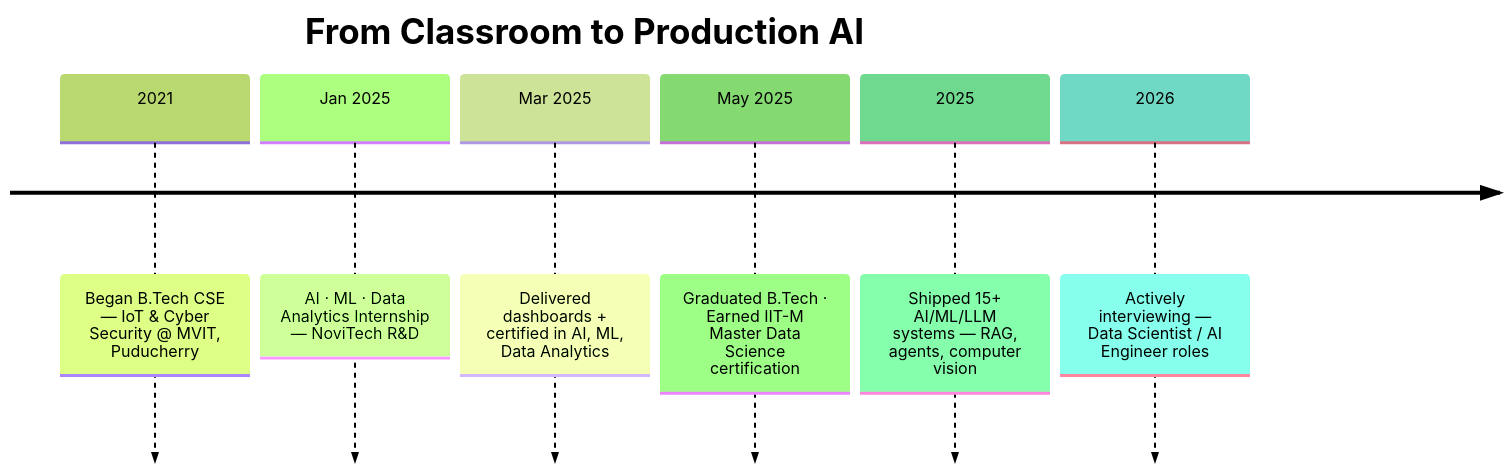
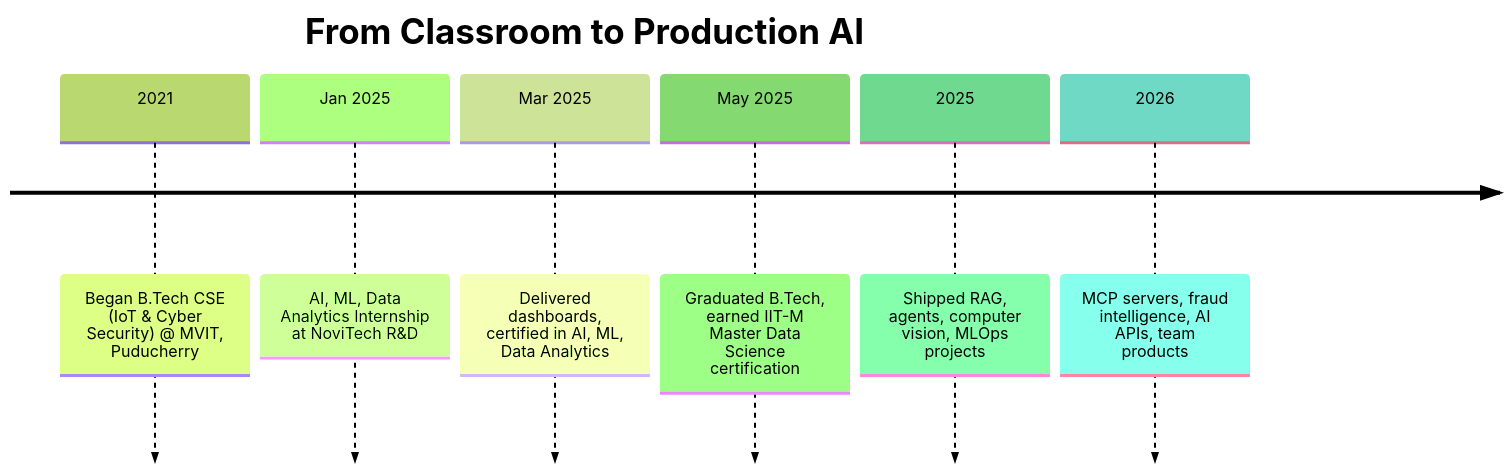
The diagram in README.md (Ilavarasan-v/Ilavarasan-v), drawn with Mermaid (forest theme) before and after one commit. The commit also changed other lines of this file, not shown here.

````diff
--- a/README.md
+++ b/README.md
@@ -66,10 +56,10 @@
 ```mermaid
 timeline
     title From Classroom to Production AI
-    2021 : Began B.Tech CSE — IoT & Cyber Security @ MVIT, Puducherry
-    Jan 2025 : AI · ML · Data Analytics Internship — NoviTech R&D
-    Mar 2025 : Delivered dashboards + certified in AI, ML, Data Analytics
-    May 2025 : Graduated B.Tech · Earned IIT-M Master Data Science certification
-    2025 : Shipped 15+ AI/ML/LLM systems — RAG, agents, computer vision
-    2026 : Actively interviewing — Data Scientist / AI Engineer roles
+    2021 : Began B.Tech CSE (IoT & Cyber Security) @ MVIT, Puducherry
+    Jan 2025 : AI, ML, Data Analytics Internship at NoviTech R&D
+    Mar 2025 : Delivered dashboards, certified in AI, ML, Data Analytics
+    May 2025 : Graduated B.Tech, earned IIT-M Master Data Science certification
+    2025 : Shipped RAG, agents, computer vision, MLOps projects
+    2026 : MCP servers, fraud intelligence, AI APIs, team products
 ```
````
